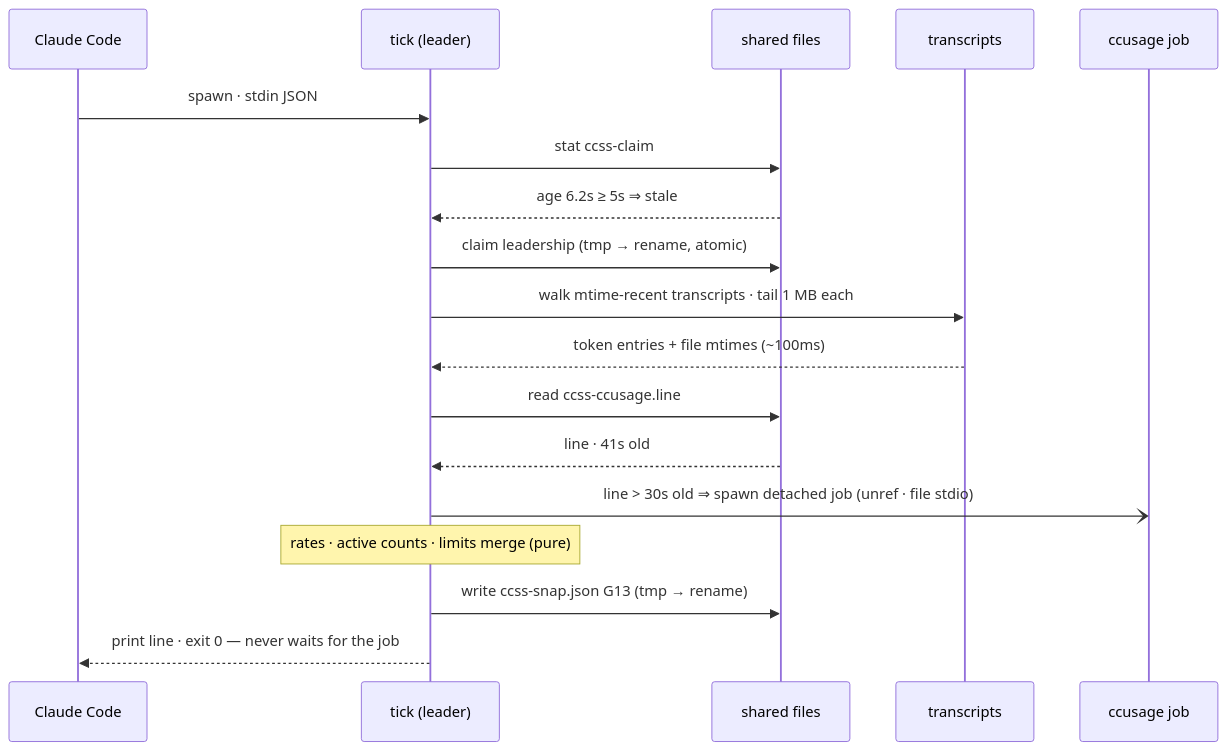
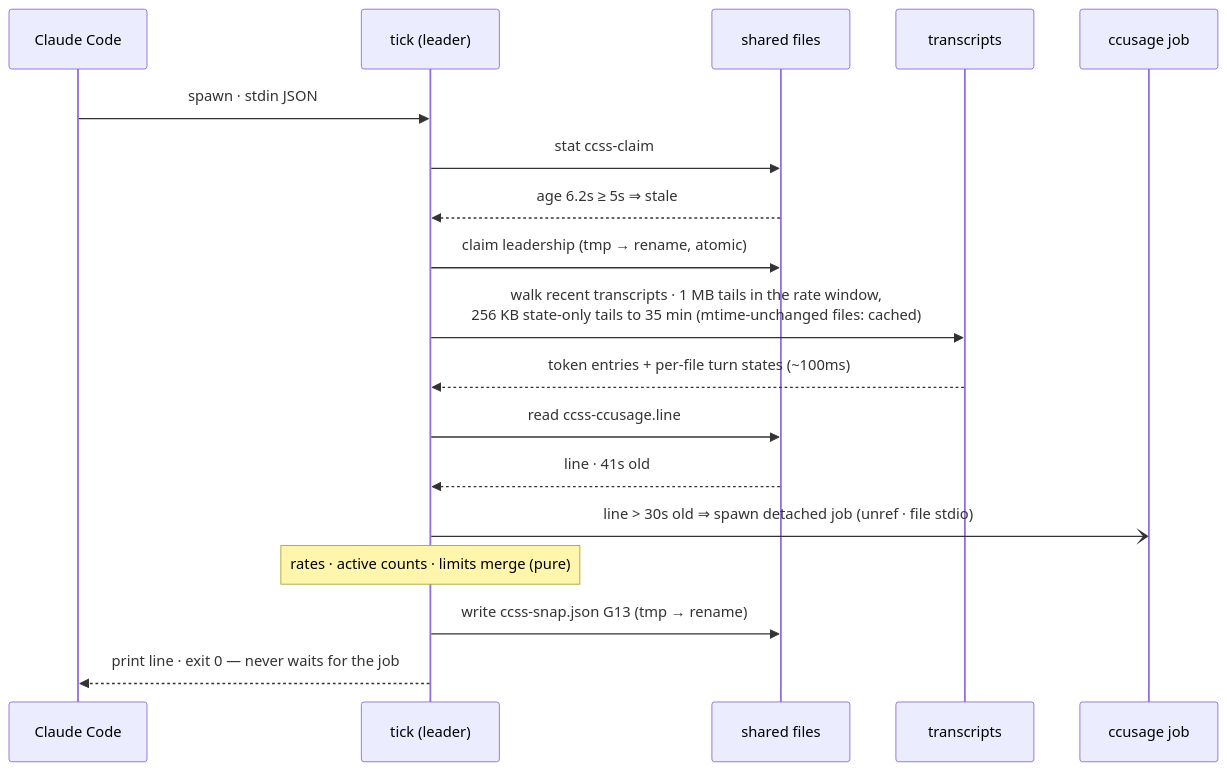
The second of 3 diagrams in README.md (shunjizhan/cc-super-status), drawn with Mermaid before and after one commit. The commit also changed other lines of this file and 7 other files, not shown here.

````diff
--- a/README.md
+++ b/README.md
@@ -102,20 +102,20 @@
 ```mermaid
 sequenceDiagram
     participant CC as Claude Code
     participant T as tick (leader)
     participant F as shared files
     participant X as transcripts
     participant J as ccusage job
     CC->>T: spawn · stdin JSON
     T->>F: stat ccss-claim
     F-->>T: age 6.2s ≥ 5s ⇒ stale
     T->>F: claim leadership (tmp → rename, atomic)
-    T->>X: walk mtime-recent transcripts · tail 1 MB each
-    X-->>T: token entries + file mtimes (~100ms)
+    T->>X: walk recent transcripts · 1 MB tails in the rate window,<br/>256 KB state-only tails to 35 min (mtime-unchanged files: cached)
+    X-->>T: token entries + per-file turn states (~100ms)
     T->>F: read ccss-ccusage.line
     F-->>T: line · 41s old
     T-)J: line > 30s old ⇒ spawn detached job (unref · file stdio)
     Note over T: rates · active counts · limits merge (pure)
     T->>F: write ccss-snap.json G13 (tmp → rename)
     T-->>CC: print line · exit 0 — never waits for the job
 ```
````
